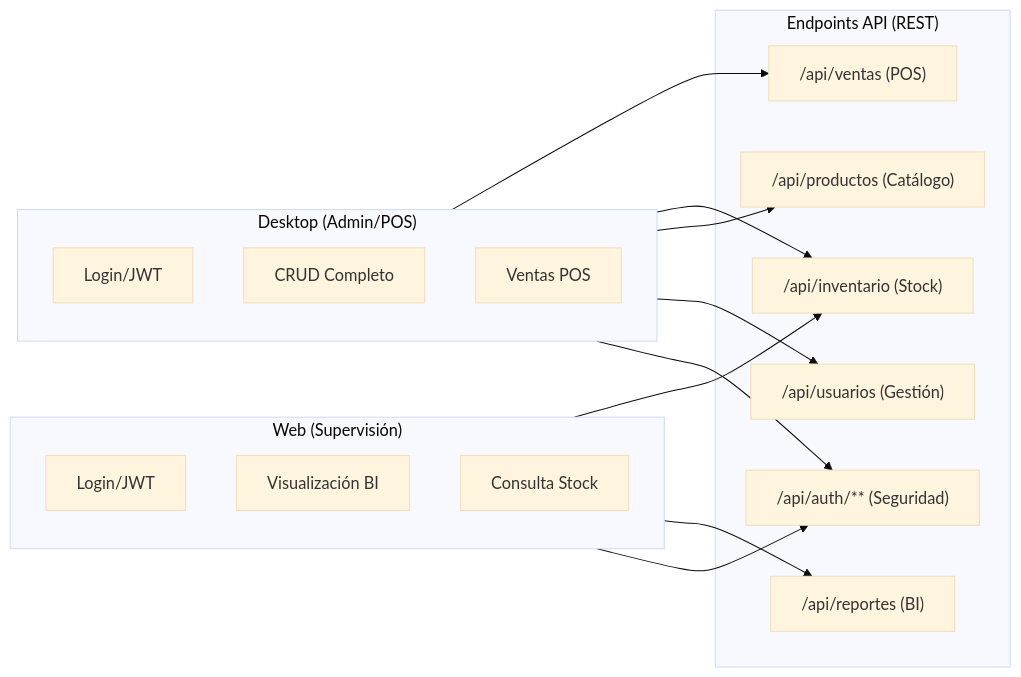
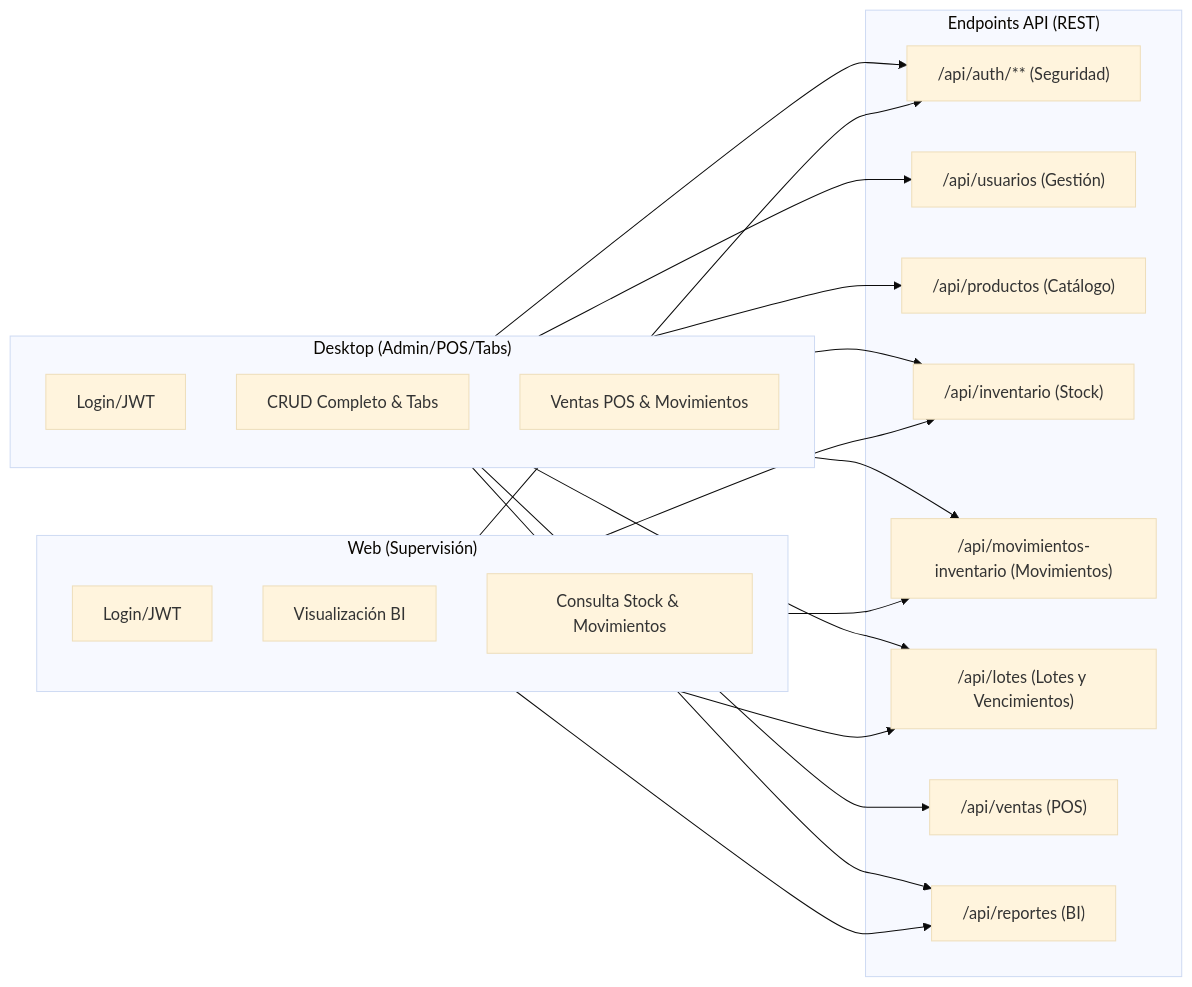
One commit to andresrubiel123/AcaciosWork changed the eighth of 8 diagrams in arquitectura_acacioswork.md. Above: the diagram before and after it, drawn with Mermaid (base theme). The commit also changed other lines of this file and 1029 other files, not shown here.

````diff
--- a/arquitectura_acacioswork.md
+++ b/arquitectura_acacioswork.md
@@ -202,33 +210,40 @@
 ```mermaid
 graph LR
     subgraph Endpoints_Backend ["Endpoints API (REST)"]
         AUTH["/api/auth/** (Seguridad)"]
         USR_API["/api/usuarios (Gestión)"]
         PROD_API["/api/productos (Catálogo)"]
         INV_API["/api/inventario (Stock)"]
+        MOV_API["/api/movimientos-inventario (Movimientos)"]
+        LOTE_API["/api/lotes (Lotes y Vencimientos)"]
         VENT_API["/api/ventas (POS)"]
         REP_API["/api/reportes (BI)"]
     end
 
-    subgraph Desktop_App ["Desktop (Admin/POS)"]
+    subgraph Desktop_App ["Desktop (Admin/POS/Tabs)"]
         D_AUTH["Login/JWT"]
-        D_CRUD["CRUD Completo"]
-        D_POS["Ventas POS"]
+        D_CRUD["CRUD Completo & Tabs"]
+        D_POS["Ventas POS & Movimientos"]
     end
 
     subgraph Web_Dashboard ["Web (Supervisión)"]
         W_AUTH["Login/JWT"]
         W_REP["Visualización BI"]
-        W_INV["Consulta Stock"]
+        W_INV["Consulta Stock & Movimientos"]
     end
 
     Desktop_App --> AUTH
     Desktop_App --> USR_API
     Desktop_App --> PROD_API
     Desktop_App --> INV_API
+    Desktop_App --> MOV_API
+    Desktop_App --> LOTE_API
     Desktop_App --> VENT_API
+    Desktop_App --> REP_API
 
     Web_Dashboard --> AUTH
     Web_Dashboard --> REP_API
     Web_Dashboard --> INV_API
+    Web_Dashboard --> MOV_API
+    Web_Dashboard --> LOTE_API
 ```
````
